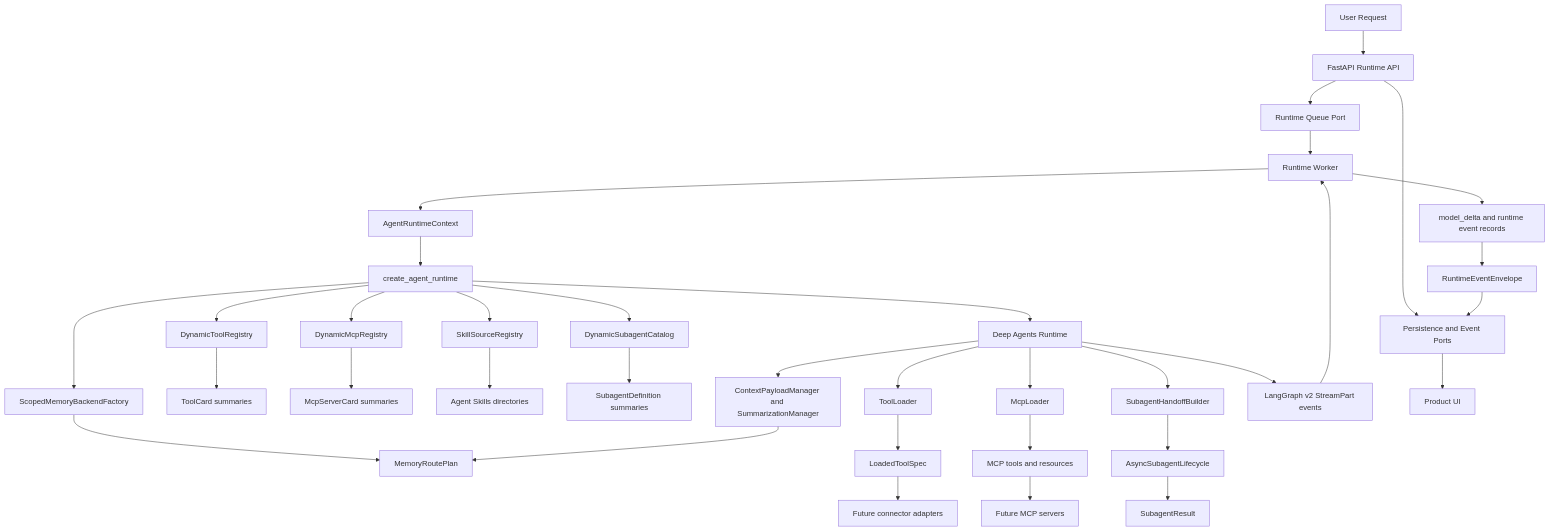
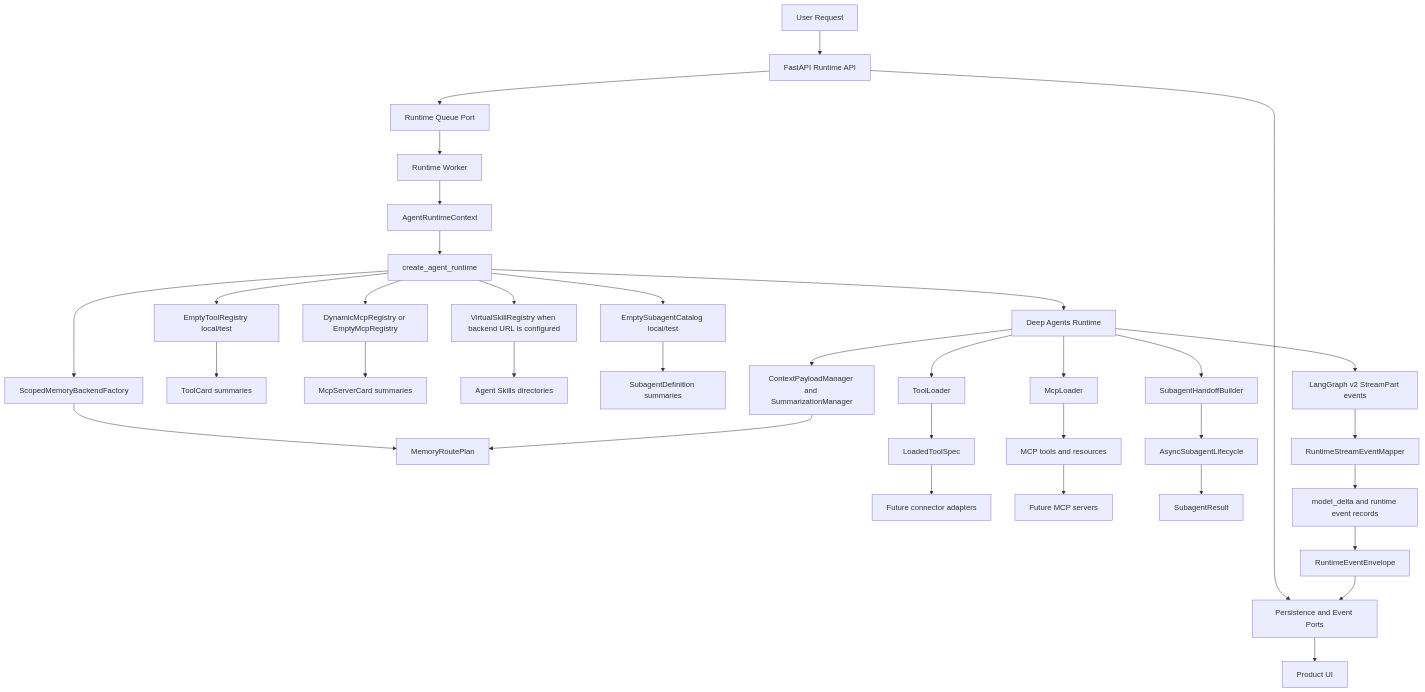
Before and after one commit to 0x-copilot-dev/0x-copilot: the diagram in services/ai-backend/docs/architecture/system-overview.md, drawn with Mermaid. The commit also changed other lines of this file and 54 other files, not shown here.

First line of the commit message:
Clean up runtime architecture smells

````diff
--- a/services/ai-backend/docs/architecture/system-overview.md
+++ b/services/ai-backend/docs/architecture/system-overview.md
@@ -11,44 +11,44 @@
 ```mermaid
 flowchart TD
   UserRequest[User Request] --> RuntimeAPI[FastAPI Runtime API]
   RuntimeAPI --> Persistence[Persistence and Event Ports]
   RuntimeAPI --> Queue[Runtime Queue Port]
   Queue --> Worker[Runtime Worker]
   Worker --> RuntimeContext[AgentRuntimeContext]
   RuntimeContext --> RuntimeFactory[create_agent_runtime]
   RuntimeFactory --> DeepAgent[Deep Agents Runtime]
 
-  RuntimeFactory --> ToolRegistry[DynamicToolRegistry]
-  RuntimeFactory --> McpRegistry[DynamicMcpRegistry]
-  RuntimeFactory --> SkillRegistry[SkillSourceRegistry]
+  RuntimeFactory --> ToolRegistry[EmptyToolRegistry local/test]
+  RuntimeFactory --> McpRegistry[DynamicMcpRegistry or EmptyMcpRegistry]
+  RuntimeFactory --> SkillRegistry[VirtualSkillRegistry when backend URL is configured]
   RuntimeFactory --> MemoryFactory[ScopedMemoryBackendFactory]
-  RuntimeFactory --> SubagentCatalog[DynamicSubagentCatalog]
+  RuntimeFactory --> SubagentCatalog[EmptySubagentCatalog local/test]
 
   ToolRegistry --> ToolCards[ToolCard summaries]
   McpRegistry --> McpCards[McpServerCard summaries]
   SkillRegistry --> SkillDirs[Agent Skills directories]
   MemoryFactory --> MemoryRoutes[MemoryRoutePlan]
   SubagentCatalog --> SubagentDefs[SubagentDefinition summaries]
 
   DeepAgent --> ToolLoader[ToolLoader]
   ToolLoader --> LoadedToolSpec[LoadedToolSpec]
   LoadedToolSpec --> ConnectorAdapters[Future connector adapters]
 
   DeepAgent --> McpLoader[McpLoader]
   McpLoader --> McpDescriptors[MCP tools and resources]
   McpDescriptors --> McpServers[Future MCP servers]
 
   DeepAgent --> Handoff[SubagentHandoffBuilder]
   Handoff --> AsyncLifecycle[AsyncSubagentLifecycle]
   AsyncLifecycle --> SubagentResult[SubagentResult]
 
   DeepAgent --> ContextManagers[ContextPayloadManager and SummarizationManager]
   ContextManagers --> MemoryRoutes
 
   DeepAgent --> RawEvents[LangGraph v2 StreamPart events]
-  RawEvents --> Worker
-  Worker --> StreamEvents[model_delta and runtime event records]
+  RawEvents --> StreamMapper[RuntimeStreamEventMapper]
+  StreamMapper --> StreamEvents[model_delta and runtime event records]
   StreamEvents --> EventEnvelope[RuntimeEventEnvelope]
   EventEnvelope --> Persistence
   Persistence --> WorkSurfaceUI[Product UI]
 ```
````
